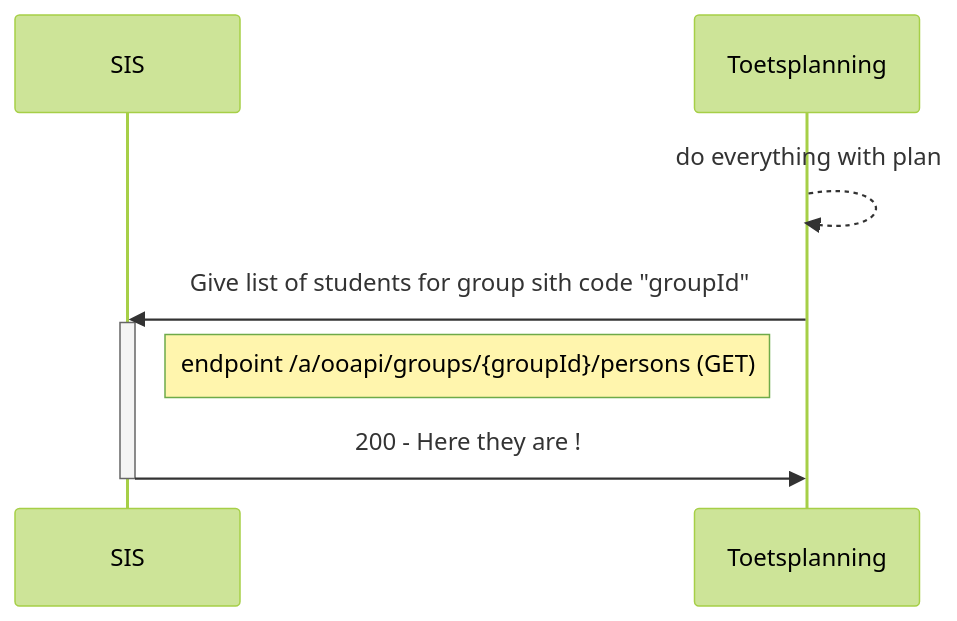
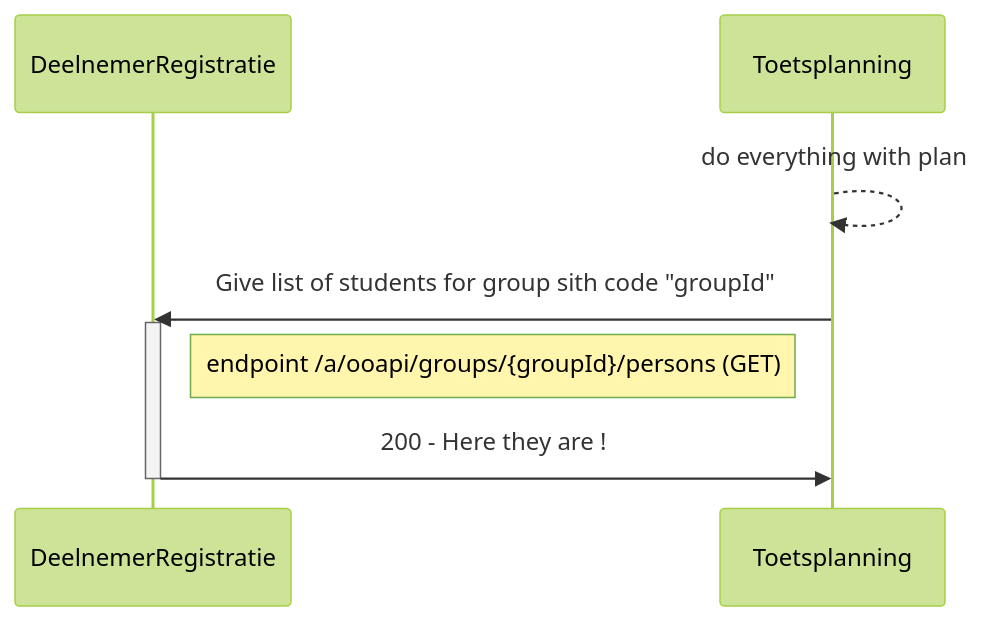
The fourth of 5 diagrams in doc/flow1.md (NetwerkExamineringDigitalisering/NED-OOAPI), drawn with Mermaid (forest theme) before and after one commit. The commit also changed other lines of this file, not shown here.

````diff
--- a/doc/flow1.md
+++ b/doc/flow1.md
@@ -246,12 +246,12 @@
 ```mermaid
 
 sequenceDiagram
-    participant SIS
+    participant DeelnemerRegistratie
     participant Toetsplanning
     Toetsplanning-->>Toetsplanning: do everything with plan
-    Toetsplanning->>SIS : Give list of students for group sith code "groupId"
-    activate SIS
-    Note right of SIS: endpoint /a/ooapi/groups/{groupId}/persons (GET)
-    SIS->>Toetsplanning : 200 - Here they are !
-    deactivate SIS
+    Toetsplanning->>DeelnemerRegistratie : Give list of students for group sith code "groupId"
+    activate DeelnemerRegistratie
+    Note right of DeelnemerRegistratie: endpoint /a/ooapi/groups/{groupId}/persons (GET)
+    DeelnemerRegistratie->>Toetsplanning : 200 - Here they are !
+    deactivate DeelnemerRegistratie
 ```
````
